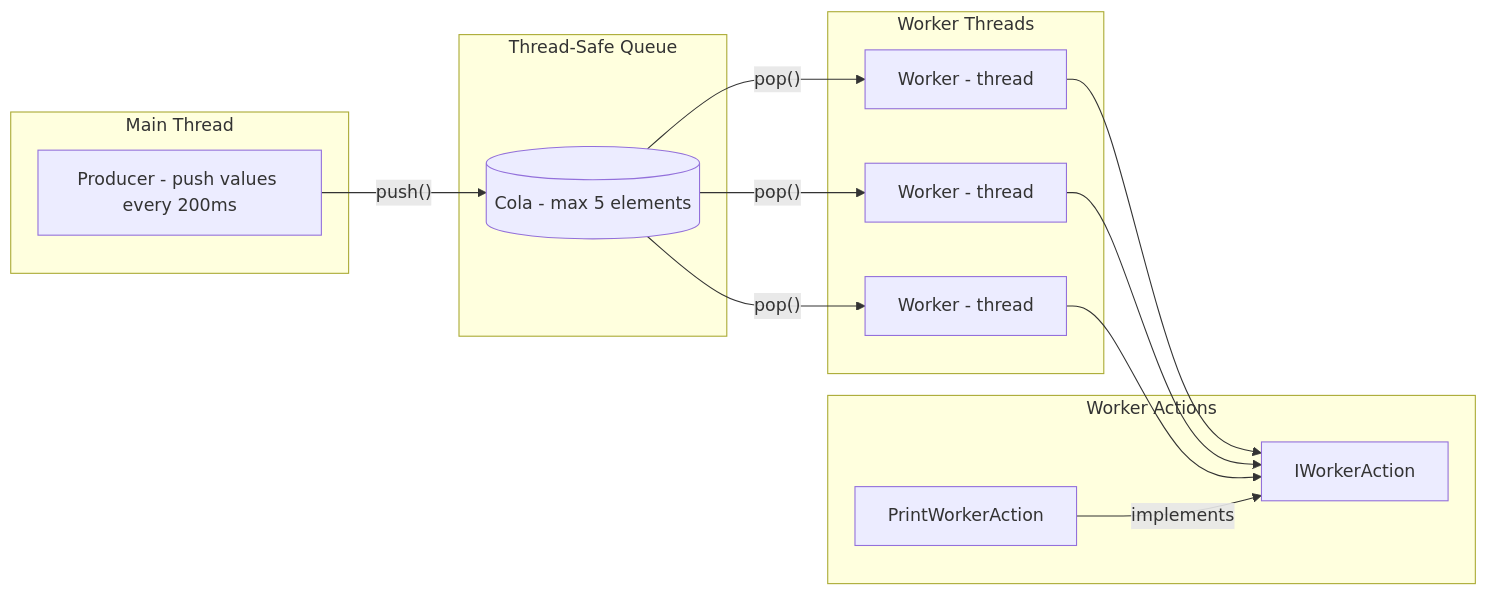
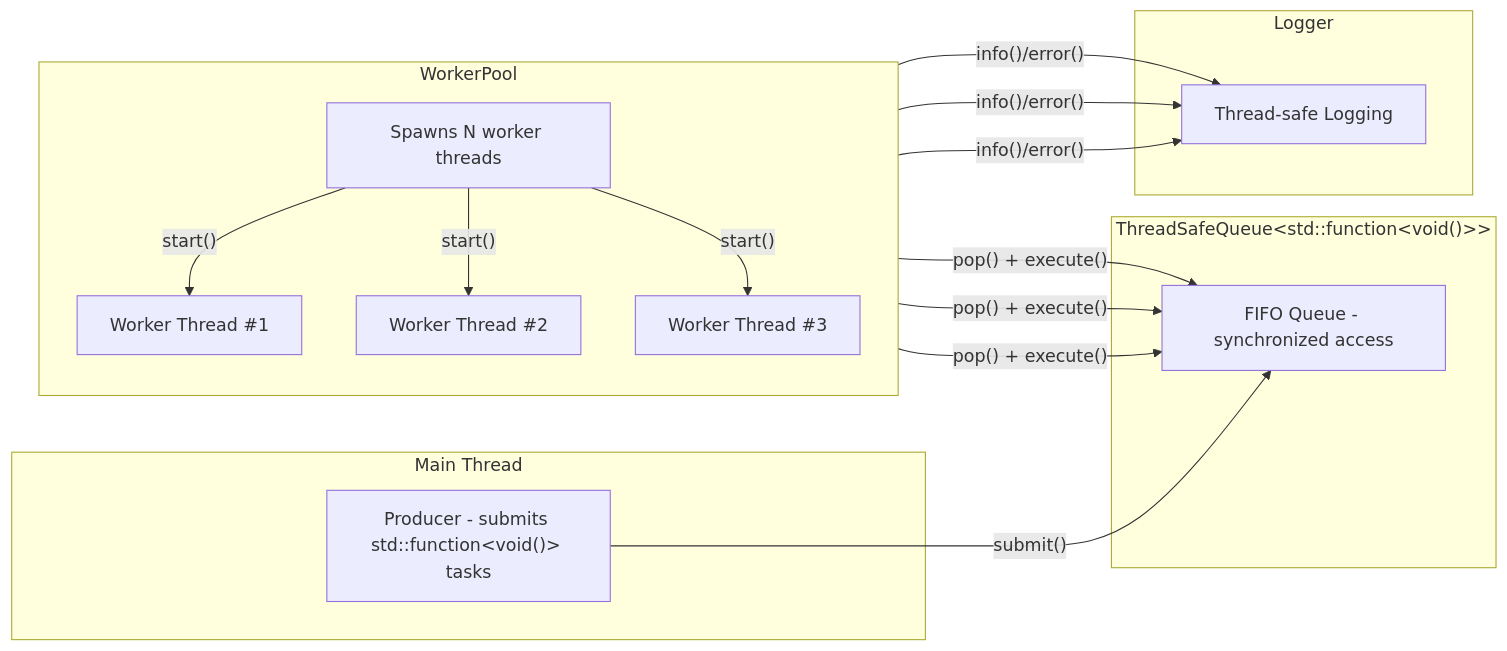
One commit to sergioguerreroblanco-oss/worker_cola_multithread changed the first of 2 diagrams in README.md. Above: the diagram before and after it, drawn with Mermaid. The commit also changed other lines of this file, not shown here.

````diff
--- a/README.md
+++ b/README.md
@@ -63,33 +60,34 @@
 ```mermaid
 flowchart LR
     subgraph Main [Main Thread]
-        P[Producer - push values every 200ms]
+        P["Producer - submits std::function&lt;void()&gt; tasks"]
     end
 
-    subgraph Cola [Thread-Safe Queue]
-        Q[(Cola<T> - max 5 elements)]
+    subgraph Queue ["ThreadSafeQueue&lt;std::function&lt;void()&gt;&gt;"]
+        Q["FIFO Queue - synchronized access"]
     end
 
-    subgraph Workers [Worker Threads]
-        W1[Worker<T> - thread]
-        W2[Worker<T> - thread]
-        W3[Worker<T> - thread]
+    subgraph WorkerPool [WorkerPool]
+        direction TB
+        WP["Spawns N worker threads"]
+        W1["Worker Thread #1"]
+        W2["Worker Thread #2"]
+        W3["Worker Thread #3"]
     end
 
-    subgraph Actions [Worker Actions]
-        A1[IWorkerAction<T>]
-        A2[PrintWorkerAction<T>]
+    subgraph Logger [Logger]
+        L["Thread-safe Logging"]
     end
 
-    P -->|"push()"| Q
-    Q -->|"pop()"| W1
-    Q -->|"pop()"| W2
-    Q -->|"pop()"| W3
-
-    W1 --> A1
-    W2 --> A1
-    W3 --> A1
-    A2 -->|implements| A1
-
+    P -->|"submit()"| Q
+    WP -->|"start()"| W1
+    WP -->|"start()"| W2
+    WP -->|"start()"| W3
+    W1 -->|"pop() + execute()"| Q
+    W2 -->|"pop() + execute()"| Q
+    W3 -->|"pop() + execute()"| Q
+    W1 -->|"info()/error()"| L
+    W2 -->|"info()/error()"| L
+    W3 -->|"info()/error()"| L
 
 ```
````
